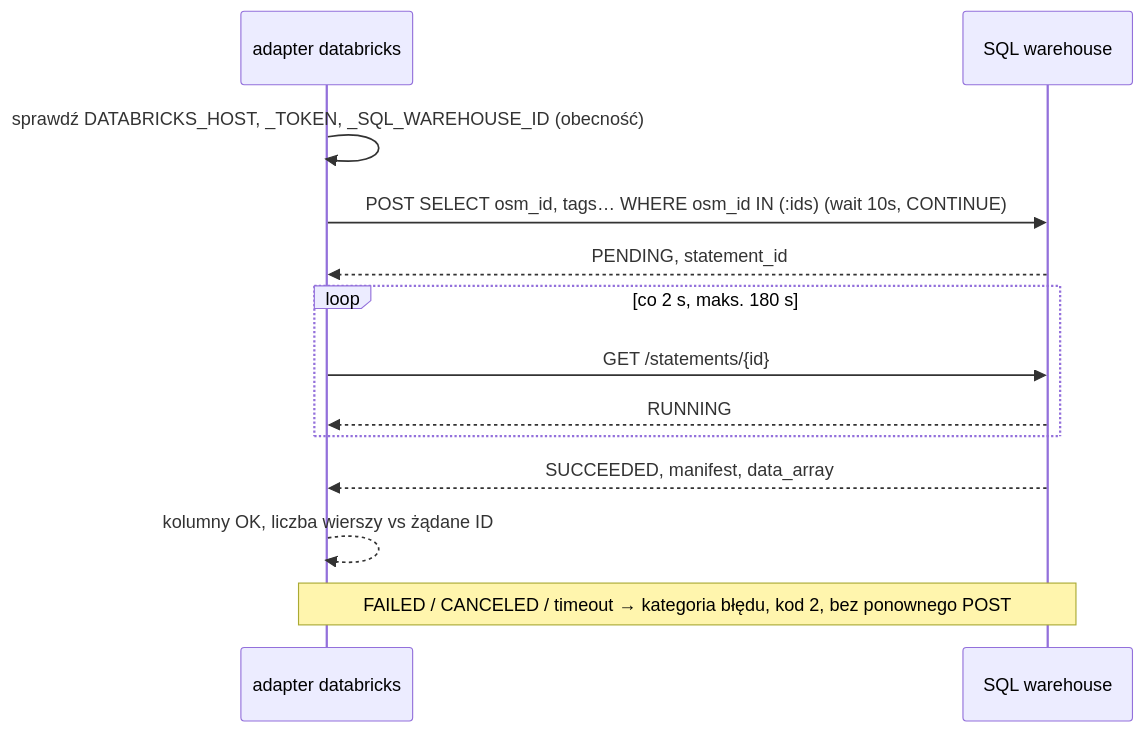
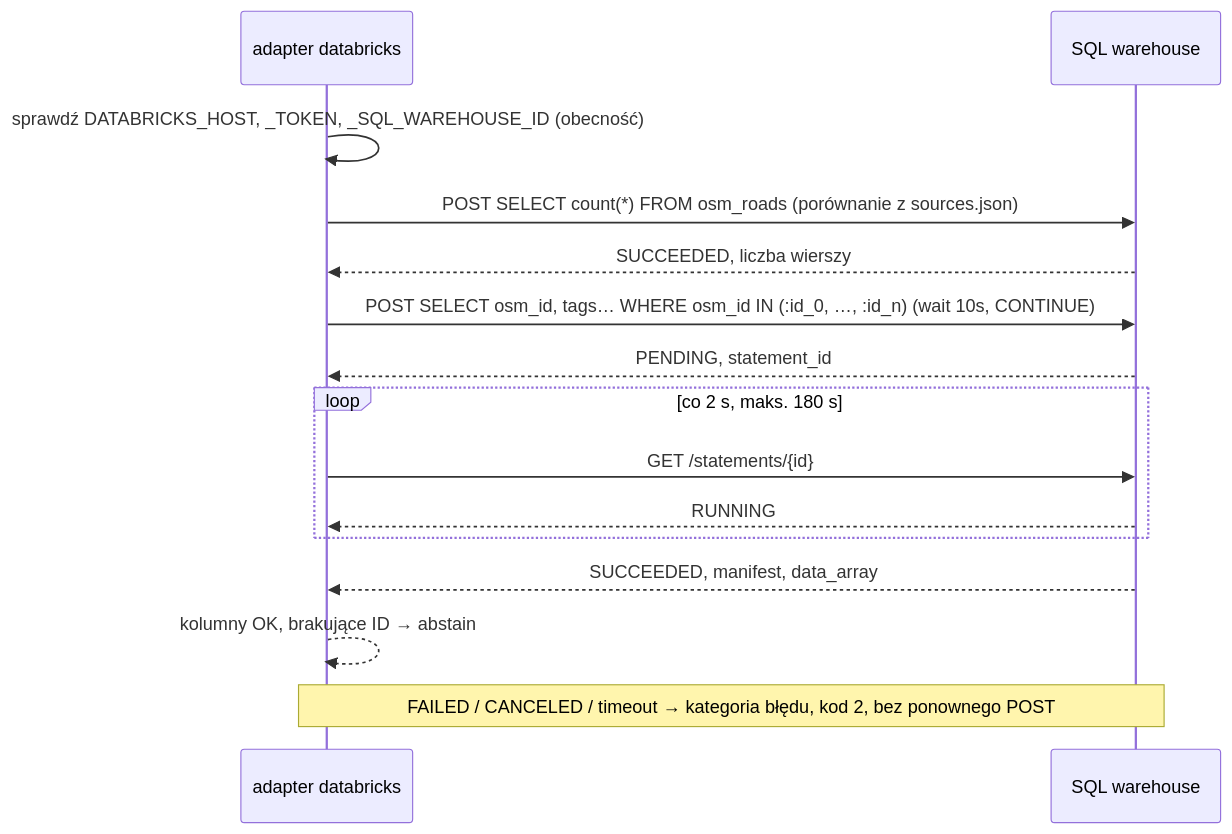
The second of 2 diagrams in docs/ADR/002-data-sources-and-reports.md (sosnowskaga/jsystems-claude-codex-gis-2026-11), drawn with Mermaid before and after one commit. The commit also changed other lines of this file, not shown here.

First line of the commit message:
Docs: ADR-002 scalar SQL parameters, whole-table count, secret rules

````diff
--- a/docs/ADR/002-data-sources-and-reports.md
+++ b/docs/ADR/002-data-sources-and-reports.md
@@ -123,15 +124,17 @@
 ```mermaid
 sequenceDiagram
     participant A as adapter databricks
     participant W as SQL warehouse
     A->>A: sprawdź DATABRICKS_HOST, _TOKEN, _SQL_WAREHOUSE_ID (obecność)
-    A->>W: POST SELECT osm_id, tags… WHERE osm_id IN (:ids) (wait 10s, CONTINUE)
+    A->>W: POST SELECT count(*) FROM osm_roads (porównanie z sources.json)
+    W-->>A: SUCCEEDED, liczba wierszy
+    A->>W: POST SELECT osm_id, tags… WHERE osm_id IN (:id_0, …, :id_n) (wait 10s, CONTINUE)
     W-->>A: PENDING, statement_id
     loop co 2 s, maks. 180 s
         A->>W: GET /statements/{id}
         W-->>A: RUNNING
     end
     W-->>A: SUCCEEDED, manifest, data_array
-    A-->>A: kolumny OK, liczba wierszy vs żądane ID
+    A-->>A: kolumny OK, brakujące ID → abstain
     Note over A,W: FAILED / CANCELED / timeout → kategoria błędu, kod 2, bez ponownego POST
 ```
````
